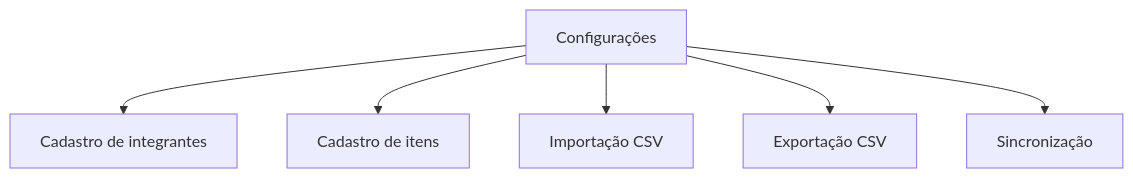
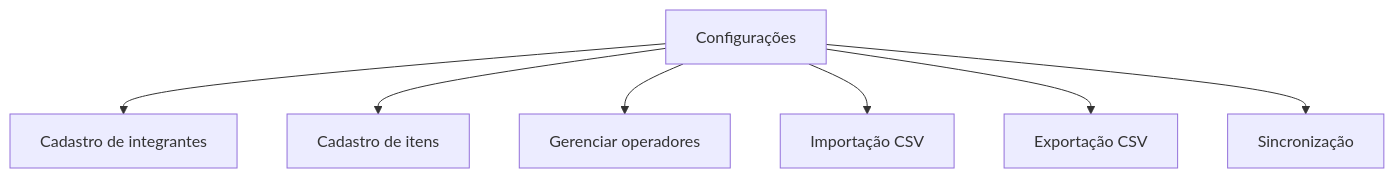
Before and after one commit to handersonbf/bar-13: the second of 2 diagrams in documentacao/mapa-de-navegacao.md, drawn with Mermaid. The commit also changed other lines of this file and 31 other files, not shown here.

````diff
--- a/documentacao/mapa-de-navegacao.md
+++ b/documentacao/mapa-de-navegacao.md
@@ -226,8 +246,9 @@
 ```mermaid
 flowchart TD
   A["Configurações"] --> B["Cadastro de integrantes"]
   A --> C["Cadastro de itens"]
-  A --> D["Importação CSV"]
-  A --> E["Exportação CSV"]
-  A --> F["Sincronização"]
+  A --> D["Gerenciar operadores"]
+  A --> E["Importação CSV"]
+  A --> F["Exportação CSV"]
+  A --> G["Sincronização"]
 ```
````
